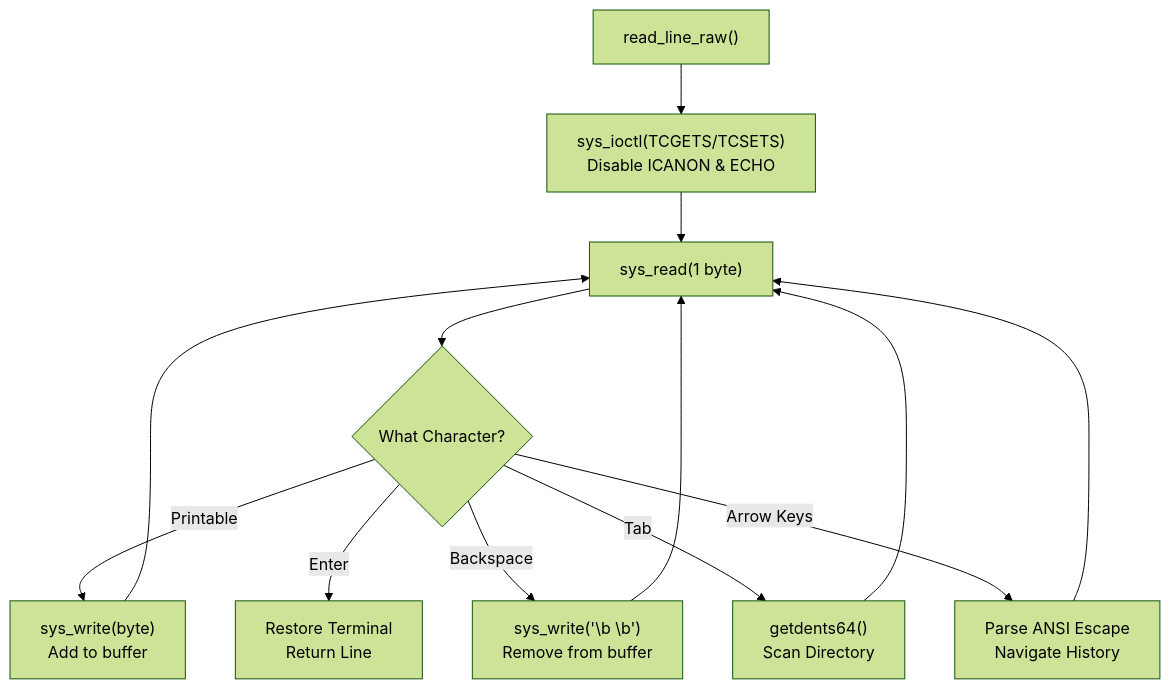
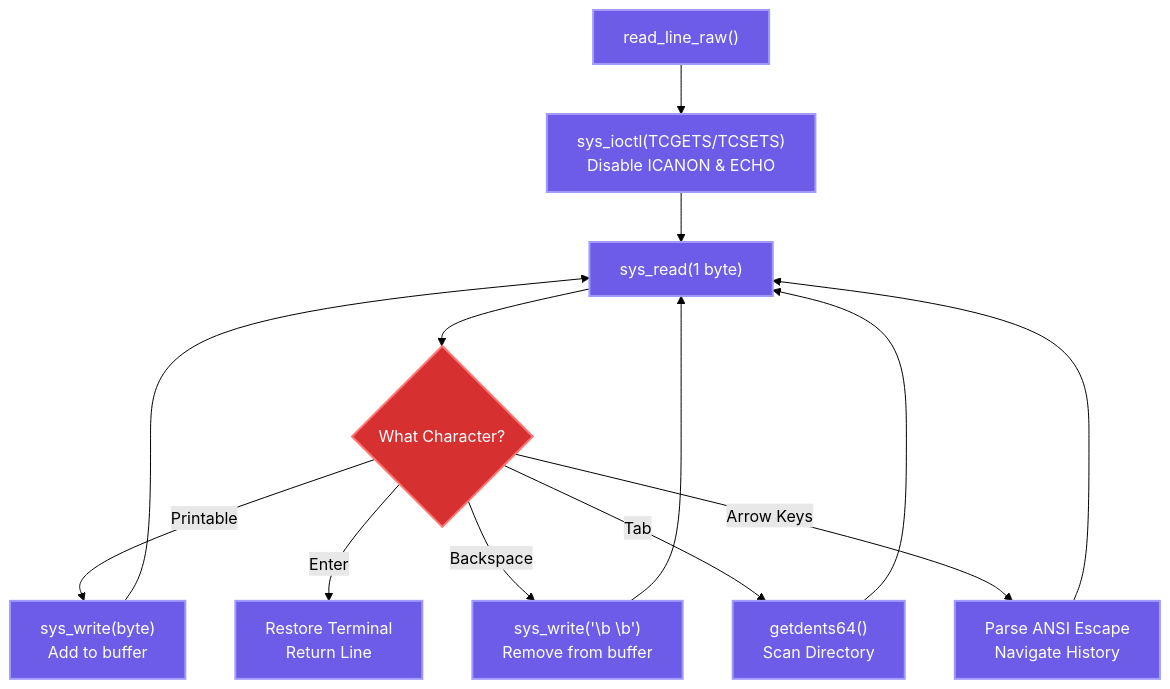
The fifth of 9 diagrams in README.md (Rohitbansaldeveloper/Linux-POSIX-Shell-Implementation-Using-System-Calls-in-C), drawn with Mermaid (forest theme) before and after one commit. The commit also changed other lines of this file, not shown here.

Commit message:
docs: improve flow diagrams with colors and formatting

````diff
--- a/README.md
+++ b/README.md
@@ -120,17 +125,20 @@
-  ```mermaid
-  flowchart TD
-      Start["read_line_raw()"] --> DisableCanon["sys_ioctl(TCGETS/TCSETS)<br>Disable ICANON & ECHO"]
-      DisableCanon --> Loop["sys_read(1 byte)"]
-      Loop --> CheckChar{"What Character?"}
-      
-      CheckChar -->|Printable| Echo["sys_write(byte)<br>Add to buffer"]
-      CheckChar -->|Enter| End["Restore Terminal<br>Return Line"]
-      CheckChar -->|Backspace| Del["sys_write('\b \b')<br>Remove from buffer"]
-      CheckChar -->|Tab| AutoComp["getdents64()<br>Scan Directory"]
-      CheckChar -->|Arrow Keys| ANSI["Parse ANSI Escape<br>Navigate History"]
-      
-      Echo --> Loop
-      Del --> Loop
-      AutoComp --> Loop
-      ANSI --> Loop
-  ```
+```mermaid
+flowchart TD
+    classDef term fill:#6c5ce7,stroke:#a29bfe,stroke-width:2px,color:#fff;
+    classDef dec fill:#d63031,stroke:#ff7675,stroke-width:2px,color:#fff;
+
+    Start["read_line_raw()"]:::term --> DisableCanon["sys_ioctl(TCGETS/TCSETS)<br/>Disable ICANON & ECHO"]:::term
+    DisableCanon --> Loop["sys_read(1 byte)"]:::term
+    Loop --> CheckChar{"What Character?"}:::dec
+    
+    CheckChar -->|"Printable"| Echo["sys_write(byte)<br/>Add to buffer"]:::term
+    CheckChar -->|"Enter"| End["Restore Terminal<br/>Return Line"]:::term
+    CheckChar -->|"Backspace"| Del["sys_write('\b \b')<br/>Remove from buffer"]:::term
+    CheckChar -->|"Tab"| AutoComp["getdents64()<br/>Scan Directory"]:::term
+    CheckChar -->|"Arrow Keys"| ANSI["Parse ANSI Escape<br/>Navigate History"]:::term
+    
+    Echo --> Loop
+    Del --> Loop
+    AutoComp --> Loop
+    ANSI --> Loop
+```
````
